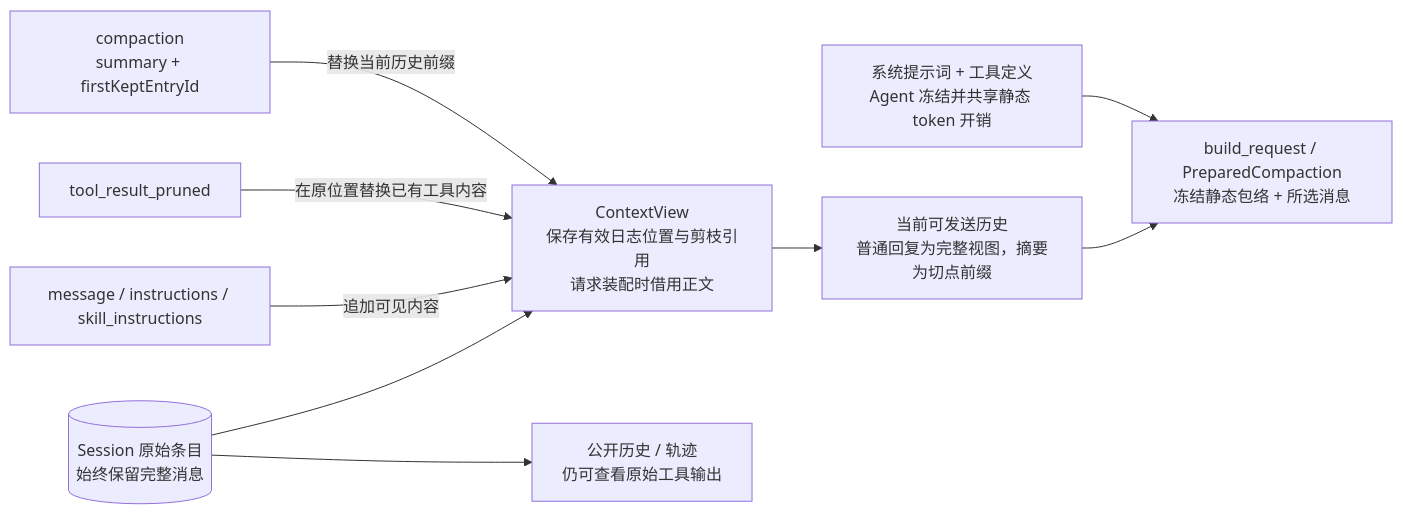
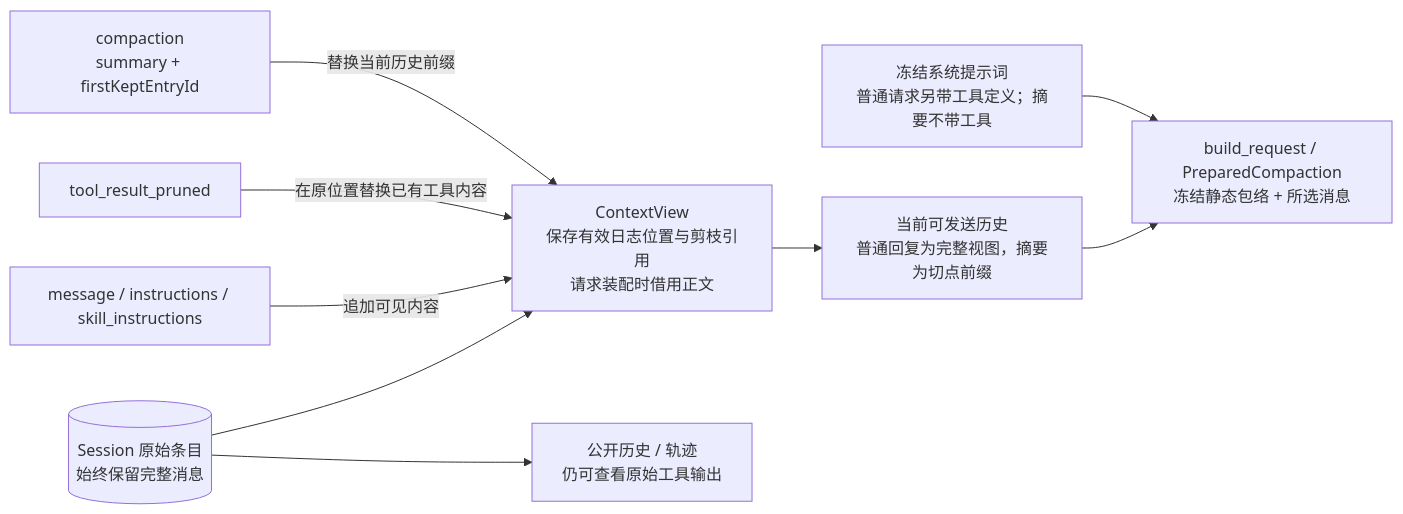
Diagram 22 of 29 in docs/singularity.md (qjcnmd/singularity-agent), drawn with Mermaid before and after one commit. The commit also changed other lines of this file and 29 other files, not shown here.

````diff
--- a/docs/singularity.md
+++ b/docs/singularity.md
@@ -589,12 +589,12 @@
 ```mermaid
 flowchart LR
     Ledger[("Session 原始条目<br/>始终保留完整消息")]
     Ledger --> Context["ContextView<br/>保存有效日志位置与剪枝引用<br/>请求装配时借用正文"]
     Ledger --> Public["公开历史 / 轨迹<br/>仍可查看原始工具输出"]
     Message["message / instructions / skill_instructions"] -->|"追加可见内容"| Context
     Prune["tool_result_pruned"] -->|"在原位置替换已有工具内容"| Context
     Compact["compaction<br/>summary + firstKeptEntryId"] -->|"替换当前历史前缀"| Context
     Context --> History["当前可发送历史<br/>普通回复为完整视图，摘要为切点前缀"]
     History --> Request["build_request / PreparedCompaction<br/>冻结静态包络 + 所选消息"]
-    System["系统提示词 + 工具定义<br/>Agent 冻结并共享静态 token 开销"] --> Request
+    System["冻结系统提示词<br/>普通请求另带工具定义；摘要不带工具"] --> Request
 ```
````
